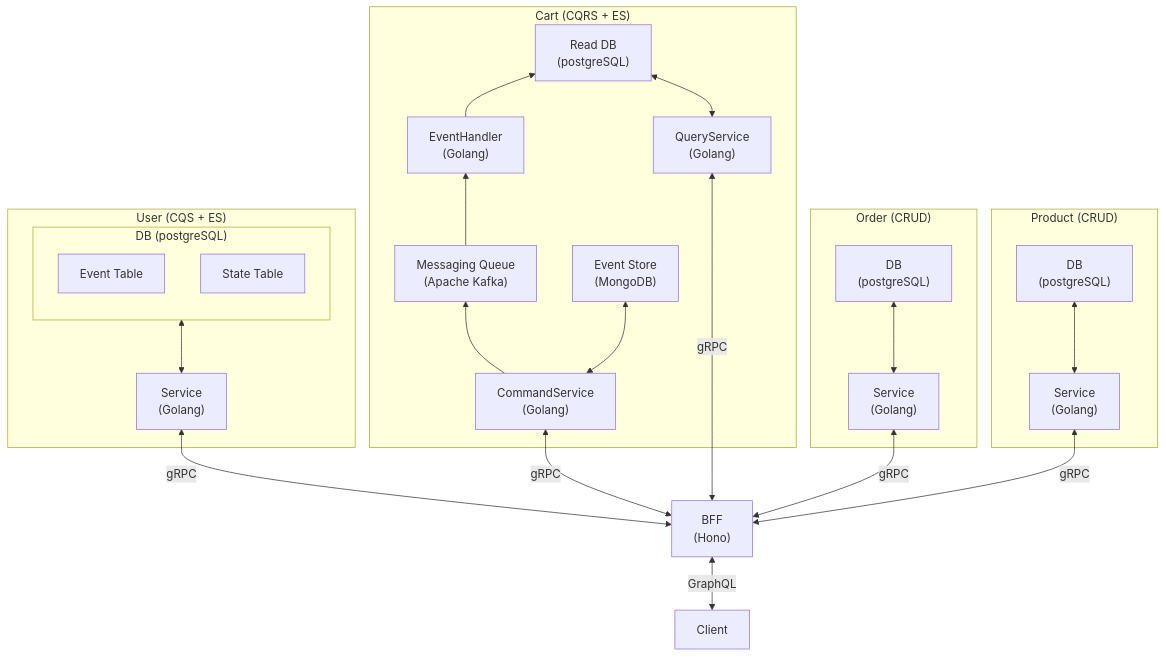
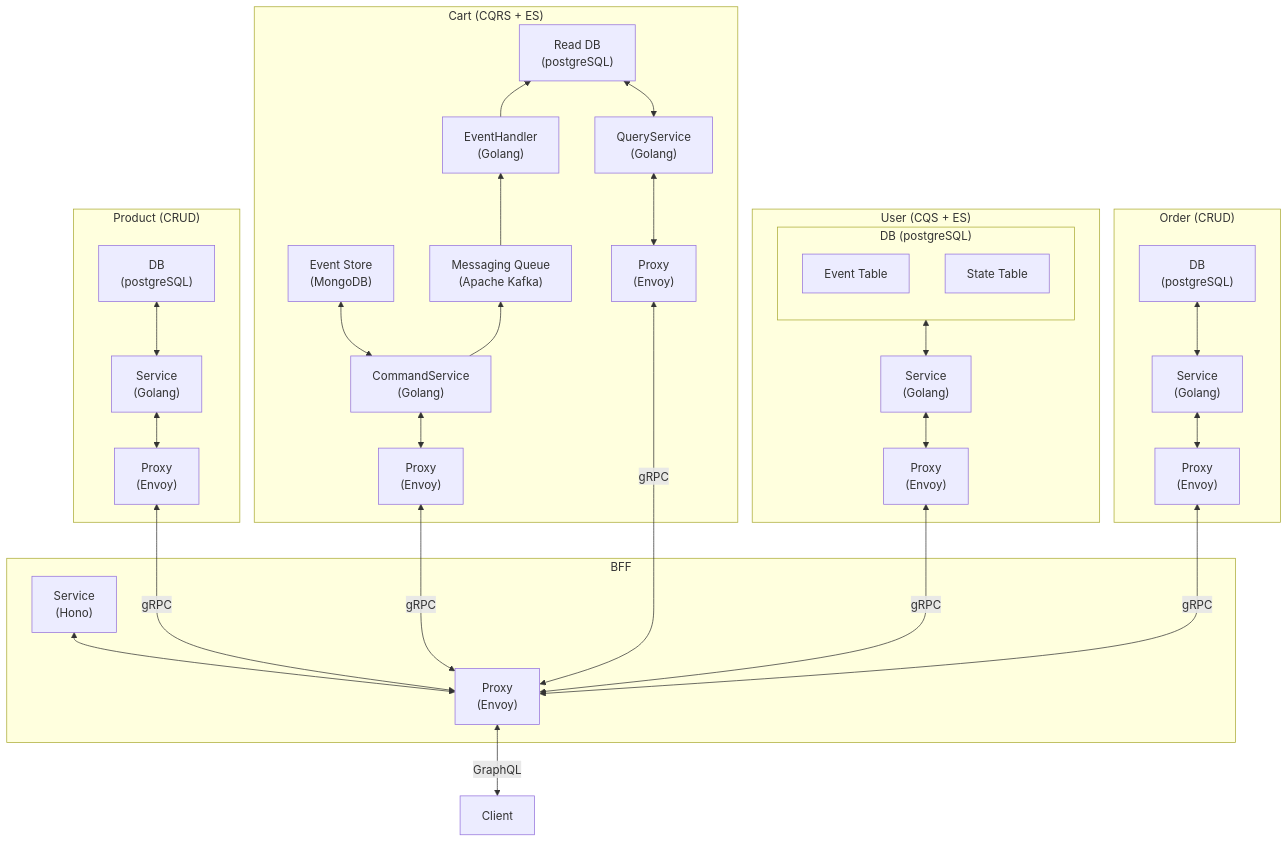
Before and after one commit to ichi-h/e-commerce-microservices-demo-v1: the first of 3 diagrams in README.md, drawn with Mermaid. The commit also changed other lines of this file, not shown here.

Commit message:
chore: add envoy proxy to each service

````diff
--- a/README.md
+++ b/README.md
@@ -33,46 +35,72 @@
 ```mermaid
 flowchart BT
-  Client["Client"]
-  BFF["BFF\n(Hono)"]
+  Client
+
+  subgraph BFF
+    BFFProxy["Proxy\n(Envoy)"]
+    BFFService["Service\n(Hono)"]
+    BFFProxy <--> BFFService
+  end
 
   subgraph Product["Product (CRUD)"]
+    ProductProxy["Proxy\n(Envoy)"]
     ProductService["Service\n(Golang)"]
     ProductDB["DB\n(postgreSQL)"]
+    
+    ProductProxy <--> ProductService 
   end
 
   subgraph Order["Order (CRUD)"]
+    OrderProxy["Proxy\n(Envoy)"]
     OrderService["Service\n(Golang)"]
     OrderDB["DB\n(postgreSQL)"]
+    OrderProxy <--> OrderService
   end
 
   subgraph Cart["Cart (CQRS + ES)"]
+    CartCommandProxy["Proxy\n(Envoy)"]
+    CartQueryProxy["Proxy\n(Envoy)"]
     CartCommandService["CommandService\n(Golang)"]
     CartQueryService["QueryService\n(Golang)"]
     CartEventHandler["EventHandler\n(Golang)"]
     MessagingQueue["Messaging Queue\n(Apache Kafka)"]
     CartEventStore["Event Store\n(MongoDB)"]
     CartReadDB["Read DB\n(postgreSQL)"]
+    CartCommandProxy <--> CartCommandService
+    CartQueryProxy <--> CartQueryService
+    
   end
 
   subgraph User["User (CQS + ES)"]
+    UserProxy["Proxy\n(Envoy)"]
     UserService["Service\n(Golang)"]
     UserDB["DB\n(postgreSQL)"]
+    UserProxy <--> UserService
     subgraph UserDB["DB (postgreSQL)"]
       UserEventTable["Event Table"]
       UserStateTable["State Table"]
     end
   end
 
-  Client <--"GraphQL"--> BFF
-  BFF <--"gRPC"--> ProductService
-  BFF <--"gRPC"--> CartCommandService
-  BFF <--"gRPC"--> CartQueryService
-  BFF <--"gRPC"--> UserService
-  BFF <--"gRPC"--> OrderService
+  %% Endpoint Discovery Service (planning to implement in the future)
+  %% EDS
+  %% BFFProxy <-...-> EDS
+  %% ProductProxy <-...-> EDS
+  %% CartCommandProxy <-...-> EDS
+  %% CartQueryProxy <-...-> EDS
+  %% UserProxy <-...-> EDS
+  %% OrderProxy <-...-> EDS
+
+  Client <--"GraphQL"--> BFFProxy
+  BFFProxy <--"gRPC"---> ProductProxy
+  BFFProxy <--"gRPC"---> CartCommandProxy
+  BFFProxy <--"gRPC"---> CartQueryProxy
+  BFFProxy <--"gRPC"---> UserProxy
+  BFFProxy <--"gRPC"---> OrderProxy
   ProductService <--> ProductDB
   CartCommandService <--> CartEventStore
   CartCommandService --> MessagingQueue --> CartEventHandler --> CartReadDB
   CartQueryService <--> CartReadDB
   UserService <--> UserDB
   OrderService <--> OrderDB
 ```
````
